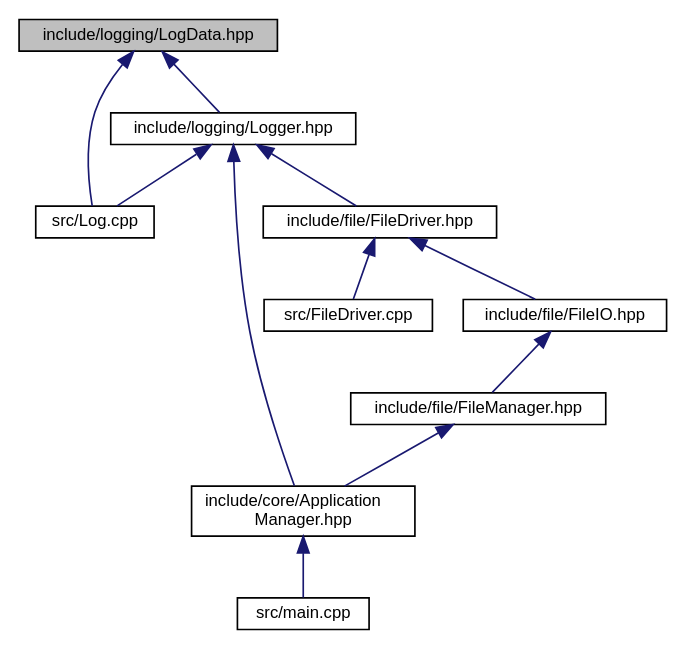
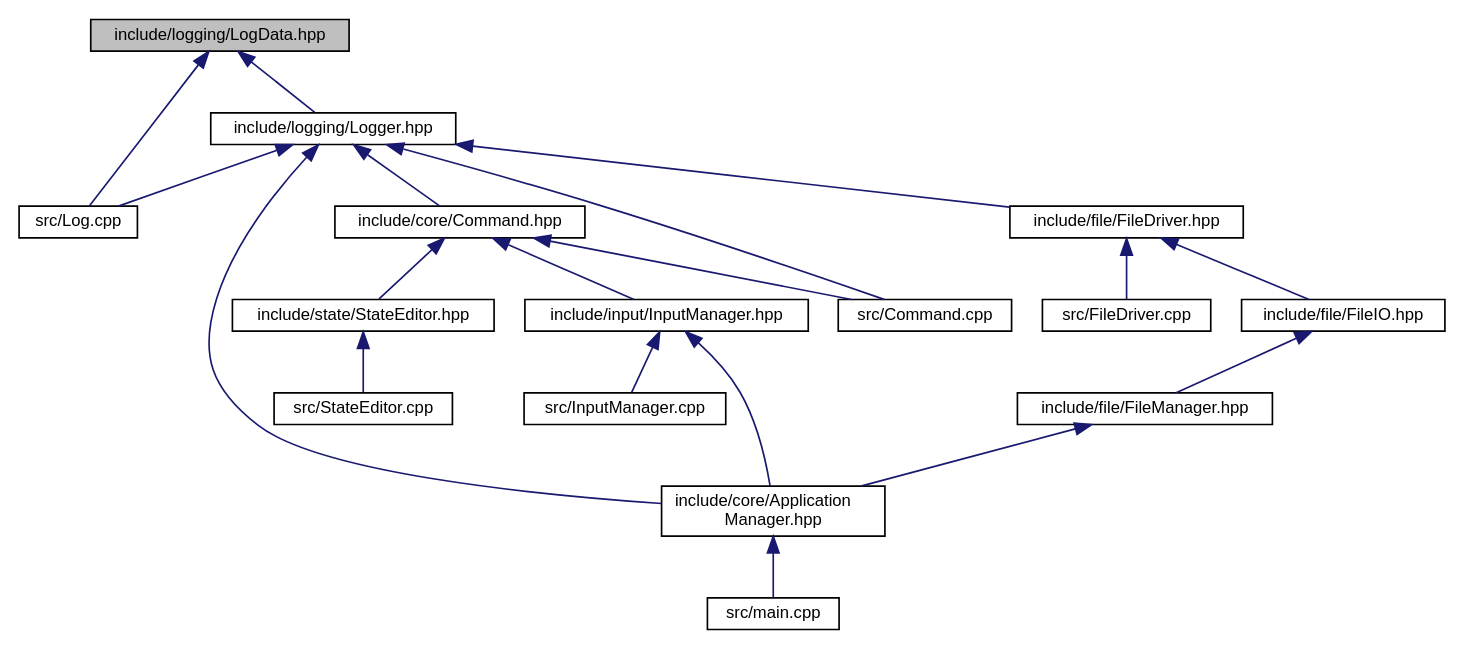
Before and after one commit to aka1ha2n3e/project00: the diagram in document/ドキュメント/LogData_8hpp__dep__incl.dot, drawn with Graphviz. The commit also changed 380 other files, not shown here.

```diff
--- a/document/ドキュメント/LogData_8hpp__dep__incl.dot
+++ b/document/ドキュメント/LogData_8hpp__dep__incl.dot
@@ -1,25 +1,39 @@
 digraph "include/logging/LogData.hpp"
 {
  // LATEX_PDF_SIZE
   edge [fontname="Helvetica",fontsize="10",labelfontname="Helvetica",labelfontsize="10"];
   node [fontname="Helvetica",fontsize="10",shape=record];
   Node1 [label="include/logging/LogData.hpp",height=0.2,width=0.4,color="black", fillcolor="grey75", style="filled", fontcolor="black",tooltip=" "];
   Node1 -> Node2 [dir="back",color="midnightblue",fontsize="10",style="solid",fontname="Helvetica"];
   Node2 [label="src/Log.cpp",height=0.2,width=0.4,color="black", fillcolor="white", style="filled",URL="$Log_8cpp.html",tooltip=" "];
   Node1 -> Node3 [dir="back",color="midnightblue",fontsize="10",style="solid",fontname="Helvetica"];
   Node3 [label="include/logging/Logger.hpp",height=0.2,width=0.4,color="black", fillcolor="white", style="filled",URL="$Logger_8hpp.html",tooltip=" "];
+  Node3 -> Node4 [dir="back",color="midnightblue",fontsize="10",style="solid",fontname="Helvetica"];
+  Node4 [label="src/Command.cpp",height=0.2,width=0.4,color="black", fillcolor="white", style="filled",URL="$Command_8cpp.html",tooltip=" "];
   Node3 -> Node2 [dir="back",color="midnightblue",fontsize="10",style="solid",fontname="Helvetica"];
-  Node3 -> Node4 [dir="back",color="midnightblue",fontsize="10",style="solid",fontname="Helvetica"];
-  Node4 [label="include/core/Application\lManager.hpp",height=0.2,width=0.4,color="black", fillcolor="white", style="filled",URL="$ApplicationManager_8hpp.html",tooltip=" "];
-  Node4 -> Node5 [dir="back",color="midnightblue",fontsize="10",style="solid",fontname="Helvetica"];
-  Node5 [label="src/main.cpp",height=0.2,width=0.4,color="black", fillcolor="white", style="filled",URL="$main_8cpp.html",tooltip=" "];
-  Node3 -> Node6 [dir="back",color="midnightblue",fontsize="10",style="solid",fontname="Helvetica"];
-  Node6 [label="include/file/FileDriver.hpp",height=0.2,width=0.4,color="black", fillcolor="white", style="filled",URL="$FileDriver_8hpp.html",tooltip=" "];
-  Node6 -> Node7 [dir="back",color="midnightblue",fontsize="10",style="solid",fontname="Helvetica"];
-  Node7 [label="src/FileDriver.cpp",height=0.2,width=0.4,color="black", fillcolor="white", style="filled",URL="$FileDriver_8cpp.html",tooltip=" "];
-  Node6 -> Node8 [dir="back",color="midnightblue",fontsize="10",style="solid",fontname="Helvetica"];
-  Node8 [label="include/file/FileIO.hpp",height=0.2,width=0.4,color="black", fillcolor="white", style="filled",URL="$FileIO_8hpp.html",tooltip=" "];
+  Node3 -> Node5 [dir="back",color="midnightblue",fontsize="10",style="solid",fontname="Helvetica"];
+  Node5 [label="include/core/Application\lManager.hpp",height=0.2,width=0.4,color="black", fillcolor="white", style="filled",URL="$ApplicationManager_8hpp.html",tooltip=" "];
+  Node5 -> Node6 [dir="back",color="midnightblue",fontsize="10",style="solid",fontname="Helvetica"];
+  Node6 [label="src/main.cpp",height=0.2,width=0.4,color="black", fillcolor="white", style="filled",URL="$main_8cpp.html",tooltip=" "];
+  Node3 -> Node7 [dir="back",color="midnightblue",fontsize="10",style="solid",fontname="Helvetica"];
+  Node7 [label="include/core/Command.hpp",height=0.2,width=0.4,color="black", fillcolor="white", style="filled",URL="$Command_8hpp.html",tooltip=" "];
+  Node7 -> Node4 [dir="back",color="midnightblue",fontsize="10",style="solid",fontname="Helvetica"];
+  Node7 -> Node8 [dir="back",color="midnightblue",fontsize="10",style="solid",fontname="Helvetica"];
+  Node8 [label="include/input/InputManager.hpp",height=0.2,width=0.4,color="black", fillcolor="white", style="filled",URL="$InputManager_8hpp.html",tooltip=" "];
   Node8 -> Node9 [dir="back",color="midnightblue",fontsize="10",style="solid",fontname="Helvetica"];
-  Node9 [label="include/file/FileManager.hpp",height=0.2,width=0.4,color="black", fillcolor="white", style="filled",URL="$FileManager_8hpp.html",tooltip=" "];
-  Node9 -> Node4 [dir="back",color="midnightblue",fontsize="10",style="solid",fontname="Helvetica"];
+  Node9 [label="src/InputManager.cpp",height=0.2,width=0.4,color="black", fillcolor="white", style="filled",URL="$InputManager_8cpp.html",tooltip=" "];
+  Node8 -> Node5 [dir="back",color="midnightblue",fontsize="10",style="solid",fontname="Helvetica"];
+  Node7 -> Node10 [dir="back",color="midnightblue",fontsize="10",style="solid",fontname="Helvetica"];
+  Node10 [label="include/state/StateEditor.hpp",height=0.2,width=0.4,color="black", fillcolor="white", style="filled",URL="$StateEditor_8hpp.html",tooltip=" "];
+  Node10 -> Node11 [dir="back",color="midnightblue",fontsize="10",style="solid",fontname="Helvetica"];
+  Node11 [label="src/StateEditor.cpp",height=0.2,width=0.4,color="black", fillcolor="white", style="filled",URL="$StateEditor_8cpp.html",tooltip=" "];
+  Node3 -> Node12 [dir="back",color="midnightblue",fontsize="10",style="solid",fontname="Helvetica"];
+  Node12 [label="include/file/FileDriver.hpp",height=0.2,width=0.4,color="black", fillcolor="white", style="filled",URL="$FileDriver_8hpp.html",tooltip=" "];
+  Node12 -> Node13 [dir="back",color="midnightblue",fontsize="10",style="solid",fontname="Helvetica"];
+  Node13 [label="src/FileDriver.cpp",height=0.2,width=0.4,color="black", fillcolor="white", style="filled",URL="$FileDriver_8cpp.html",tooltip=" "];
+  Node12 -> Node14 [dir="back",color="midnightblue",fontsize="10",style="solid",fontname="Helvetica"];
+  Node14 [label="include/file/FileIO.hpp",height=0.2,width=0.4,color="black", fillcolor="white", style="filled",URL="$FileIO_8hpp.html",tooltip=" "];
+  Node14 -> Node15 [dir="back",color="midnightblue",fontsize="10",style="solid",fontname="Helvetica"];
+  Node15 [label="include/file/FileManager.hpp",height=0.2,width=0.4,color="black", fillcolor="white", style="filled",URL="$FileManager_8hpp.html",tooltip=" "];
+  Node15 -> Node5 [dir="back",color="midnightblue",fontsize="10",style="solid",fontname="Helvetica"];
 }
```
